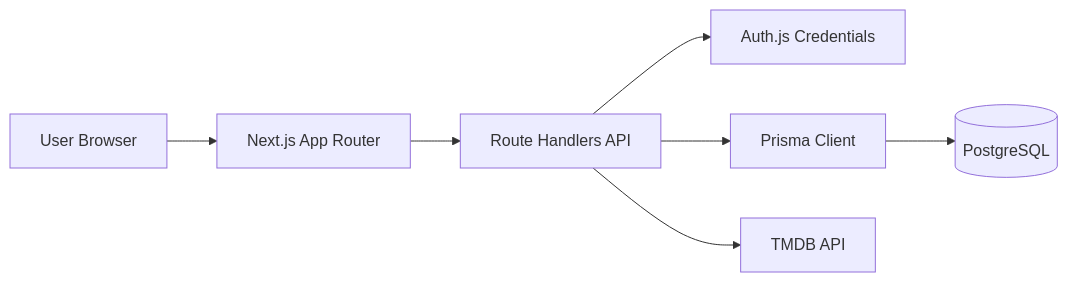
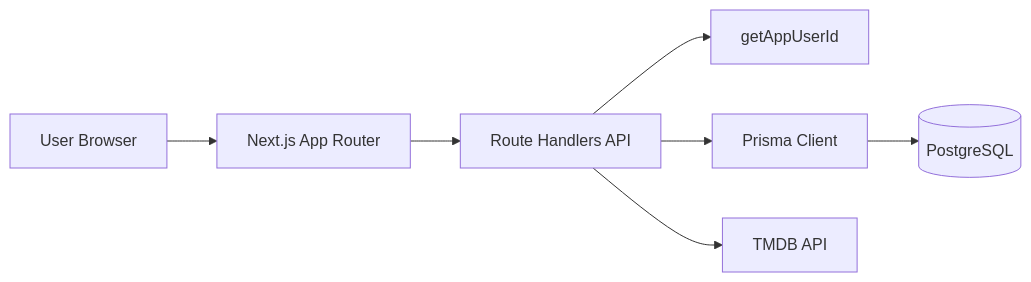
One commit to ByungsooLee/suggest-app changed the diagram in docs/APP_DESIGN_SPEC.md. Above: the diagram before and after it, drawn with Mermaid. The commit also changed other lines of this file and 135 other files, not shown here.

````diff
--- a/docs/APP_DESIGN_SPEC.md
+++ b/docs/APP_DESIGN_SPEC.md
@@ -32,17 +32,17 @@
 ```mermaid
 flowchart LR
   User[User Browser]
   NextApp[Next.js App Router]
   ApiRoutes[Route Handlers API]
-  AuthLayer[Auth.js Credentials]
+  AppUserLayer[getAppUserId]
   PrismaLayer[Prisma Client]
   PostgresDB[(PostgreSQL)]
   ExternalTMDB[TMDB API]
 
   User --> NextApp
   NextApp --> ApiRoutes
-  ApiRoutes --> AuthLayer
+  ApiRoutes --> AppUserLayer
   ApiRoutes --> PrismaLayer
   PrismaLayer --> PostgresDB
   ApiRoutes --> ExternalTMDB
 ```
````
